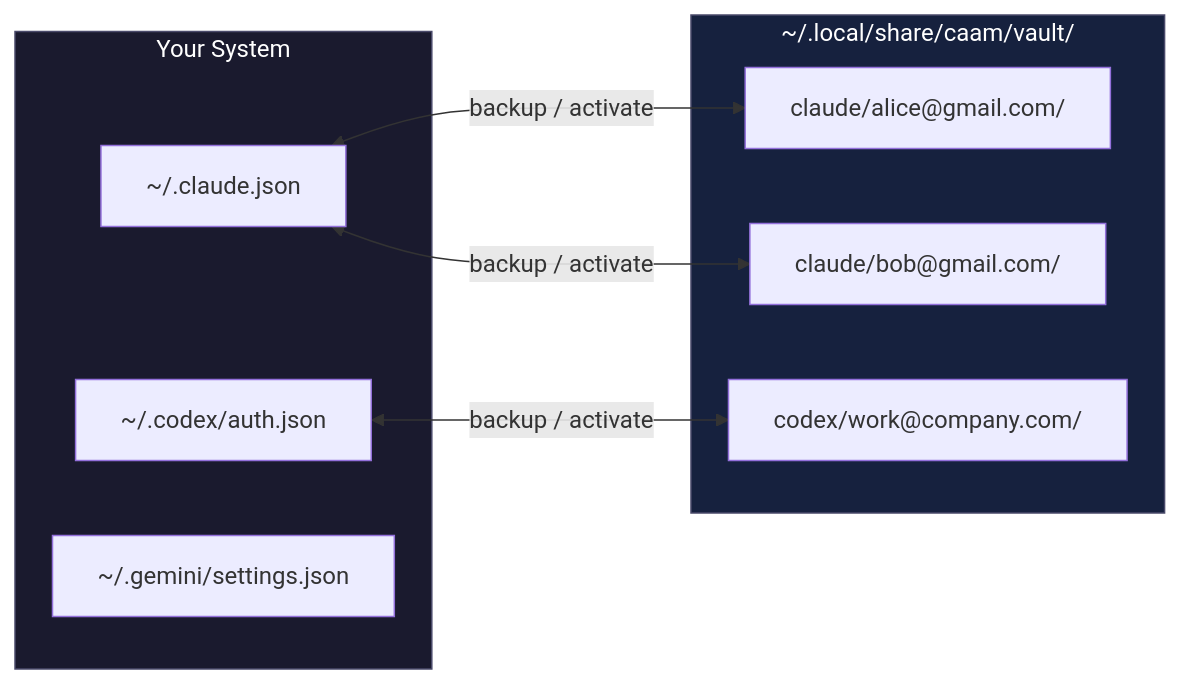
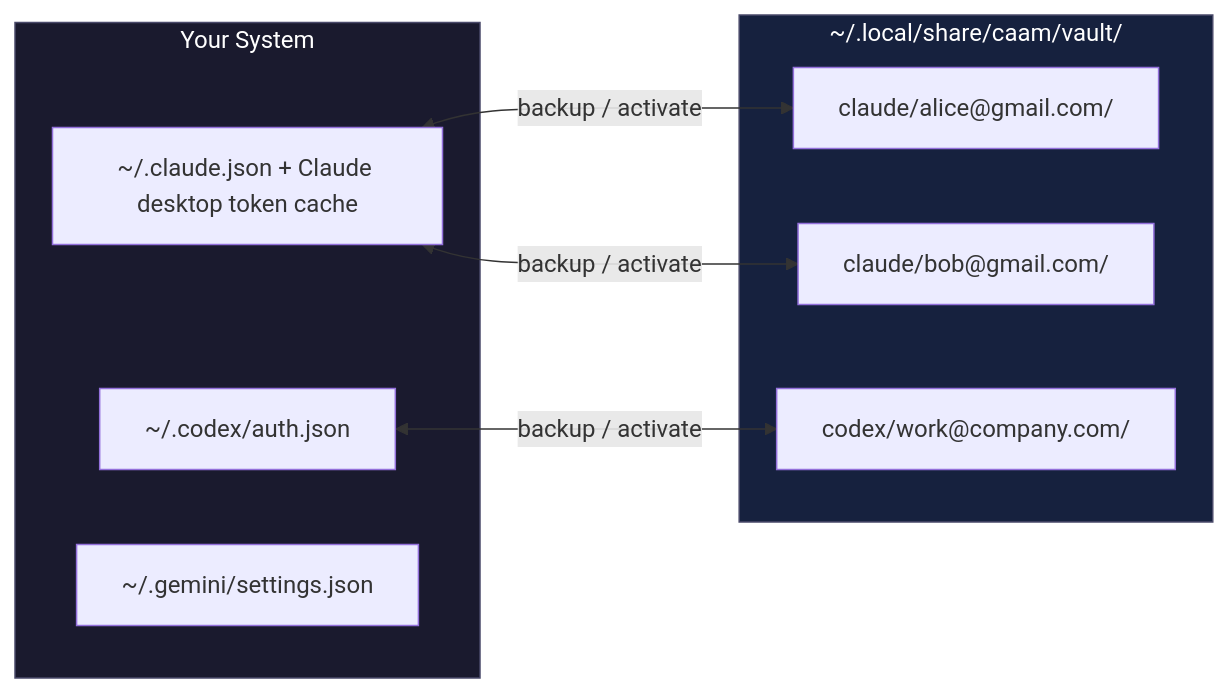
Before and after one commit to Dicklesworthstone/coding_agent_account_manager: the diagram in README.md, drawn with Mermaid. The commit also changed other lines of this file and 6 other files, not shown here.

Commit message:
Track Claude desktop token cache

````diff
--- a/README.md
+++ b/README.md
@@ -68,21 +68,21 @@
 ```mermaid
 flowchart LR
     subgraph System["Your System"]
-        A["~/.claude.json"]
+        A["~/.claude.json + Claude desktop token cache"]
         B["~/.codex/auth.json"]
         C["~/.gemini/settings.json"]
     end
 
     subgraph Vault["~/.local/share/caam/vault/"]
         D["claude/alice@gmail.com/"]
         E["claude/bob@gmail.com/"]
         F["codex/work@company.com/"]
     end
 
     A <-->|"backup / activate"| D
     A <-->|"backup / activate"| E
     B <-->|"backup / activate"| F
 
     style System fill:#1a1a2e,stroke:#4a4a6a,color:#fff
     style Vault fill:#16213e,stroke:#4a4a6a,color:#fff
 ```
````
